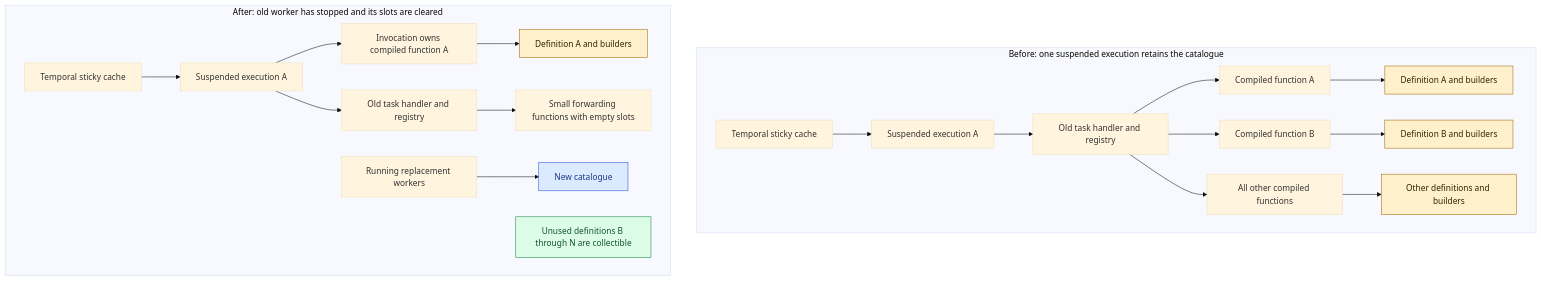
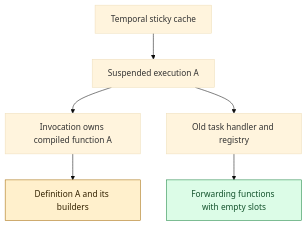
One commit to talismanai/zigflow changed the second of 3 diagrams in docs/docs/getting-started/reload-memory-retention.md. Above: the diagram before and after it, drawn with Mermaid (base theme). The commit also changed other lines of this file, not shown here.

Commit message:
docs: fix reload diagram rendering and ownership layout

````diff
--- a/docs/docs/getting-started/reload-memory-retention.md
+++ b/docs/docs/getting-started/reload-memory-retention.md
@@ -15,28 +31,12 @@
 ```mermaid
 flowchart TB
-  subgraph before[Before: one suspended execution retains the catalogue]
-    C1[Temporal sticky cache] --> E1[Suspended execution A]
-    E1 --> H1[Old task handler and registry]
-    H1 --> A1[Compiled function A]
-    H1 --> B1[Compiled function B]
-    H1 --> N1[All other compiled functions]
-    A1 --> DA1[Definition A and builders]
-    B1 --> DB1[Definition B and builders]
-    N1 --> DN1[Other definitions and builders]
-  end
-  subgraph after[After: old worker has stopped and its slots are cleared]
-    C2[Temporal sticky cache] --> E2[Suspended execution A]
-    E2 --> A2[Invocation owns compiled function A]
-    A2 --> DA2[Definition A and builders]
-    E2 --> H2[Old task handler and registry]
-    H2 --> S2[Small forwarding functions with empty slots]
-    DB2[Unused definitions B through N are collectible]
-    W2[Running replacement workers] --> NEW[New catalogue]
-  end
+  cache["Temporal sticky cache"] --> execution["Suspended execution A"]
+  execution --> own["Invocation owns compiled function A"]
+  own --> definition["Definition A and its builders"]
+  execution --> registry["Old task handler and registry"]
+  registry --> slots["Forwarding functions with empty slots"]
   classDef retained fill:#fff0cc,stroke:#a16600,color:#332200
-  classDef released fill:#dcfce7,stroke:#15803d,color:#14532d
-  class DA1,DB1,DN1,DA2 retained
-  classDef active fill:#dbeafe,stroke:#1d4ed8,color:#1e3a8a
-  class DB2 released
-  class NEW active
+  classDef detached fill:#dcfce7,stroke:#15803d,color:#14532d
+  class definition retained
+  class slots detached
 ```
````
